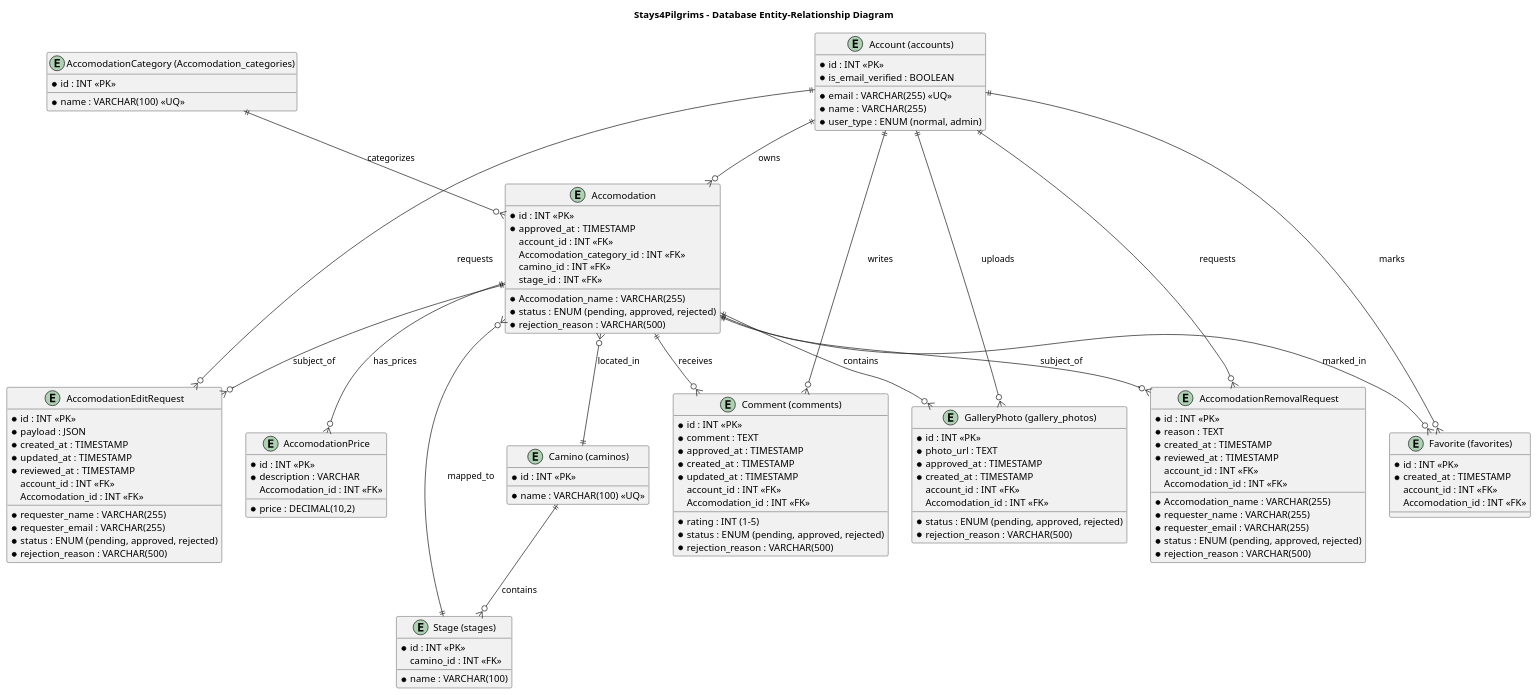
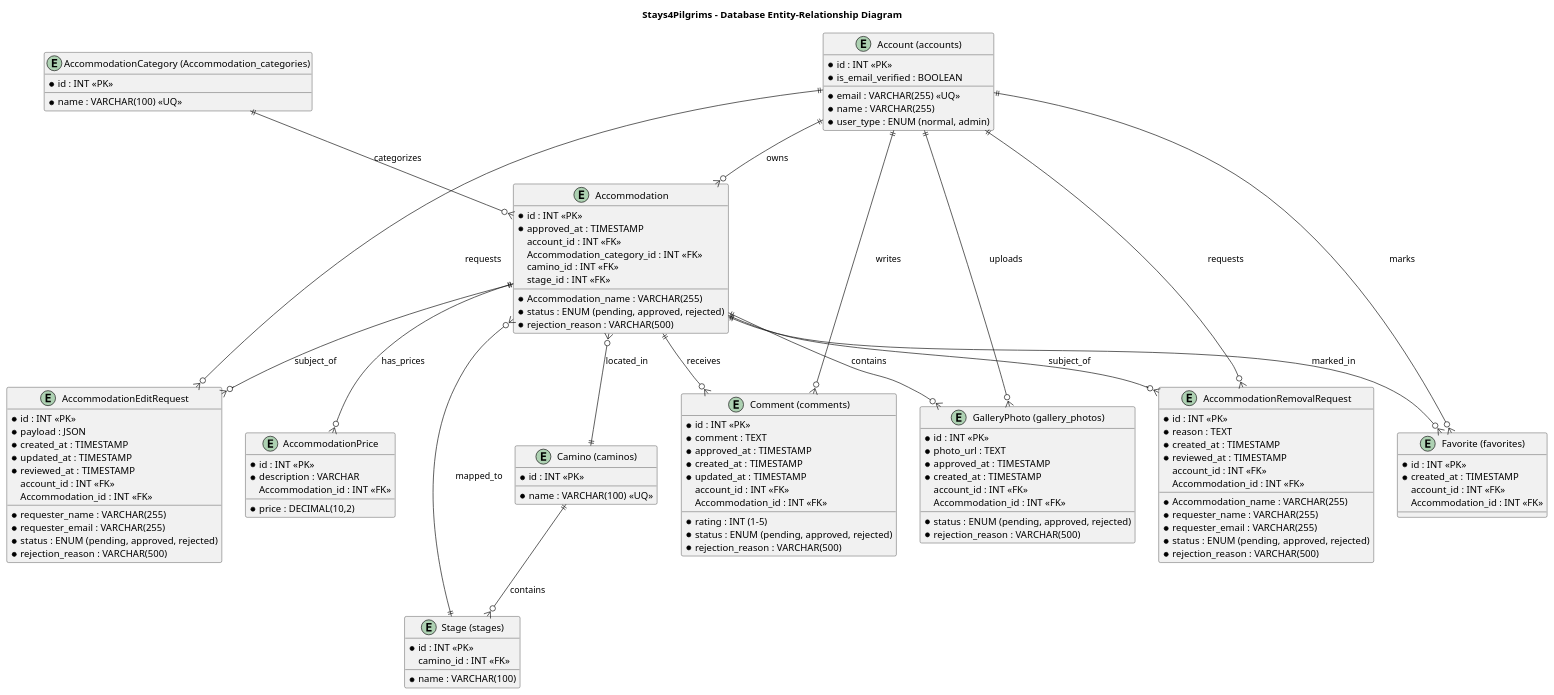
One commit to alegna83/cookbook-be changed the diagram in docs/diagrams/database-er-diagram.puml. Above: the diagram before and after it, drawn with PlantUML. The commit also changed 14 other files, not shown here.

Commit message:
docs: update architecture diagrams and accommodation spelling

```diff
--- a/docs/diagrams/database-er-diagram.puml
+++ b/docs/diagrams/database-er-diagram.puml
@@ -1,126 +1,126 @@
 @startuml
 title Stays4Pilgrims - Database Entity-Relationship Diagram
 
 entity "Account (accounts)" as account {
   * id : INT <<PK>>
   * email : VARCHAR(255) <<UQ>>
   * name : VARCHAR(255)
   * user_type : ENUM (normal, admin)
   * is_email_verified : BOOLEAN
 }
 
-entity "Accomodation" as Accomodation {
+entity "Accommodation" as Accommodation {
   * id : INT <<PK>>
-  * Accomodation_name : VARCHAR(255)
+  * Accommodation_name : VARCHAR(255)
   * status : ENUM (pending, approved, rejected)
   * approved_at : TIMESTAMP
   * rejection_reason : VARCHAR(500)
   account_id : INT <<FK>>
-  Accomodation_category_id : INT <<FK>>
+  Accommodation_category_id : INT <<FK>>
   camino_id : INT <<FK>>
   stage_id : INT <<FK>>
 }
 
-entity "AccomodationCategory (Accomodation_categories)" as Accomodation_category {
+entity "AccommodationCategory (Accommodation_categories)" as AccommodationCategory {
   * id : INT <<PK>>
   * name : VARCHAR(100) <<UQ>>
 }
 
 entity "Comment (comments)" as comment {
   * id : INT <<PK>>
   * rating : INT (1-5)
   * comment : TEXT
   * status : ENUM (pending, approved, rejected)
   * approved_at : TIMESTAMP
   * rejection_reason : VARCHAR(500)
   * created_at : TIMESTAMP
   * updated_at : TIMESTAMP
   account_id : INT <<FK>>
-  Accomodation_id : INT <<FK>>
+  Accommodation_id : INT <<FK>>
 }
 
 entity "GalleryPhoto (gallery_photos)" as gallery_photo {
   * id : INT <<PK>>
   * photo_url : TEXT
   * status : ENUM (pending, approved, rejected)
   * approved_at : TIMESTAMP
   * rejection_reason : VARCHAR(500)
   * created_at : TIMESTAMP
   account_id : INT <<FK>>
-  Accomodation_id : INT <<FK>>
+  Accommodation_id : INT <<FK>>
 }
 
 entity "Favorite (favorites)" as favorite {
   * id : INT <<PK>>
   * created_at : TIMESTAMP
   account_id : INT <<FK>>
-  Accomodation_id : INT <<FK>>
+  Accommodation_id : INT <<FK>>
 }
 
-entity "AccomodationPrice" as Accomodation_price {
+entity "AccommodationPrice" as AccommodationPrice {
   * id : INT <<PK>>
   * description : VARCHAR
   * price : DECIMAL(10,2)
-  Accomodation_id : INT <<FK>>
+  Accommodation_id : INT <<FK>>
 }
 
-entity "AccomodationRemovalRequest" as Accomodation_removal_request {
+entity "AccommodationRemovalRequest" as AccommodationRemovalRequest {
   * id : INT <<PK>>
-  * Accomodation_name : VARCHAR(255)
+  * Accommodation_name : VARCHAR(255)
   * requester_name : VARCHAR(255)
   * requester_email : VARCHAR(255)
   * reason : TEXT
   * status : ENUM (pending, approved, rejected)
   * created_at : TIMESTAMP
   * reviewed_at : TIMESTAMP
   * rejection_reason : VARCHAR(500)
   account_id : INT <<FK>>
-  Accomodation_id : INT <<FK>>
+  Accommodation_id : INT <<FK>>
 }
 
-entity "AccomodationEditRequest" as Accomodation_edit_request {
+entity "AccommodationEditRequest" as AccommodationEditRequest {
   * id : INT <<PK>>
   * requester_name : VARCHAR(255)
   * requester_email : VARCHAR(255)
   * payload : JSON
   * status : ENUM (pending, approved, rejected)
   * created_at : TIMESTAMP
   * updated_at : TIMESTAMP
   * reviewed_at : TIMESTAMP
   * rejection_reason : VARCHAR(500)
   account_id : INT <<FK>>
-  Accomodation_id : INT <<FK>>
+  Accommodation_id : INT <<FK>>
 }
 
 entity "Camino (caminos)" as camino {
   * id : INT <<PK>>
   * name : VARCHAR(100) <<UQ>>
 }
 
 entity "Stage (stages)" as stage {
   * id : INT <<PK>>
   * name : VARCHAR(100)
   camino_id : INT <<FK>>
 }
 
 ' Relationships
-account ||--o{ Accomodation : "owns"
+account ||--o{ Accommodation : "owns"
 account ||--o{ comment : "writes"
 account ||--o{ gallery_photo : "uploads"
 account ||--o{ favorite : "marks"
-account ||--o{ Accomodation_removal_request : "requests"
-account ||--o{ Accomodation_edit_request : "requests"
+account ||--o{ AccommodationRemovalRequest : "requests"
+account ||--o{ AccommodationEditRequest : "requests"
 
-Accomodation_category ||--o{ Accomodation : "categorizes"
-Accomodation ||--o{ comment : "receives"
-Accomodation ||--o{ gallery_photo : "contains"
-Accomodation ||--o{ favorite : "marked_in"
-Accomodation ||--o{ Accomodation_price : "has_prices"
-Accomodation ||--o{ Accomodation_removal_request : "subject_of"
-Accomodation ||--o{ Accomodation_edit_request : "subject_of"
-Accomodation }o--|| camino : "located_in"
-Accomodation }o--|| stage : "mapped_to"
+AccommodationCategory ||--o{ Accommodation : "categorizes"
+Accommodation ||--o{ comment : "receives"
+Accommodation ||--o{ gallery_photo : "contains"
+Accommodation ||--o{ favorite : "marked_in"
+Accommodation ||--o{ AccommodationPrice : "has_prices"
+Accommodation ||--o{ AccommodationRemovalRequest : "subject_of"
+Accommodation ||--o{ AccommodationEditRequest : "subject_of"
+Accommodation }o--|| camino : "located_in"
+Accommodation }o--|| stage : "mapped_to"
 
 camino ||--o{ stage : "contains"
 
 @enduml
```
